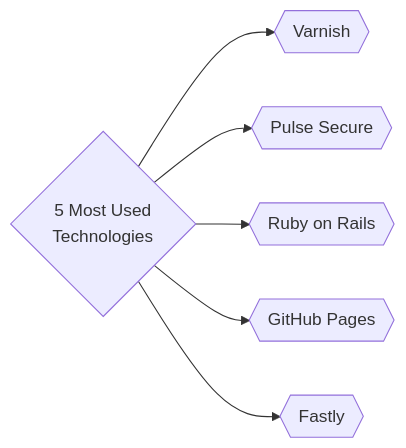
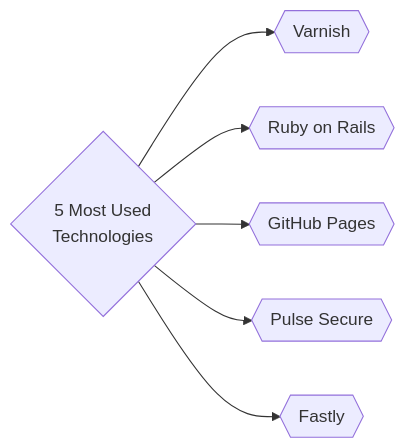
One commit to trickest/inventory changed the third of 3 diagrams in README.md. Above: the diagram before and after it, drawn with Mermaid. The commit also changed other lines of this file and 83 other files, not shown here.

````diff
--- a/README.md
+++ b/README.md
@@ -185,8 +185,8 @@
 ```mermaid
 graph LR
 title{5 Most Used<br>Technologies} --> tech1{{Varnish}}
-title --> tech2{{Pulse Secure}}
-title --> tech3{{Ruby on Rails}}
-title --> tech4{{GitHub Pages}}
+title --> tech2{{Ruby on Rails}}
+title --> tech3{{GitHub Pages}}
+title --> tech4{{Pulse Secure}}
 title --> tech5{{Fastly}}
 ```
````
